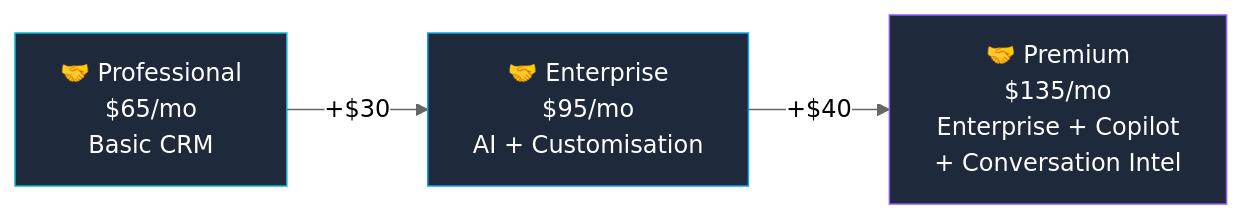
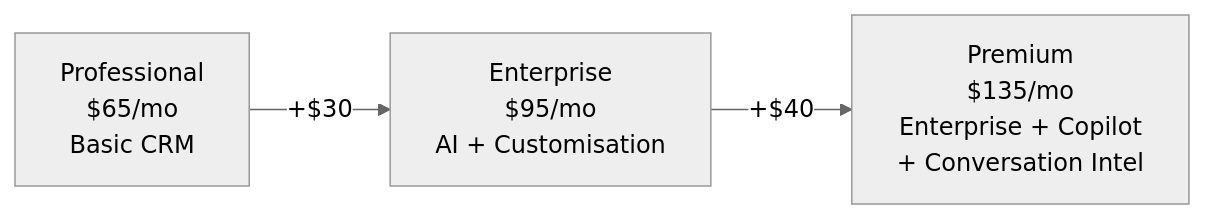
One commit to susanthgit/aguidetocloud-revamp changed the diagram in content/licensing/dynamics-365-sales-enterprise.md. Above: the diagram before and after it, drawn with Mermaid (neutral theme). The commit also changed 553 other files, not shown here.

First line of the commit message:
🌸 Z17: Zen Mermaid diagrams — Stripe Docs style

````diff
--- a/content/licensing/dynamics-365-sales-enterprise.md
+++ b/content/licensing/dynamics-365-sales-enterprise.md
@@ -39,11 +39,8 @@
 ```mermaid
 flowchart LR
-    PRO["🤝 Professional\n$65/mo\nBasic CRM"]
-    ENT["🤝 Enterprise\n$95/mo\nAI + Customisation"]
-    PRE["🤝 Premium\n$135/mo\nEnterprise + Copilot\n+ Conversation Intel"]
+    PRO["Professional<br/>$65/mo<br/>Basic CRM"]
+    ENT["Enterprise<br/>$95/mo<br/>AI + Customisation"]
+    PRE["Premium<br/>$135/mo<br/>Enterprise + Copilot<br/>+ Conversation Intel"]
     PRO -->|"+$30"| ENT
     ENT -->|"+$40"| PRE
-    style PRO fill:#1e293b,stroke:#06b6d4,color:#ffffff
-    style ENT fill:#1e293b,stroke:#0ea5e9,color:#ffffff
-    style PRE fill:#1e293b,stroke:#8b5cf6,color:#ffffff
 ```
````
